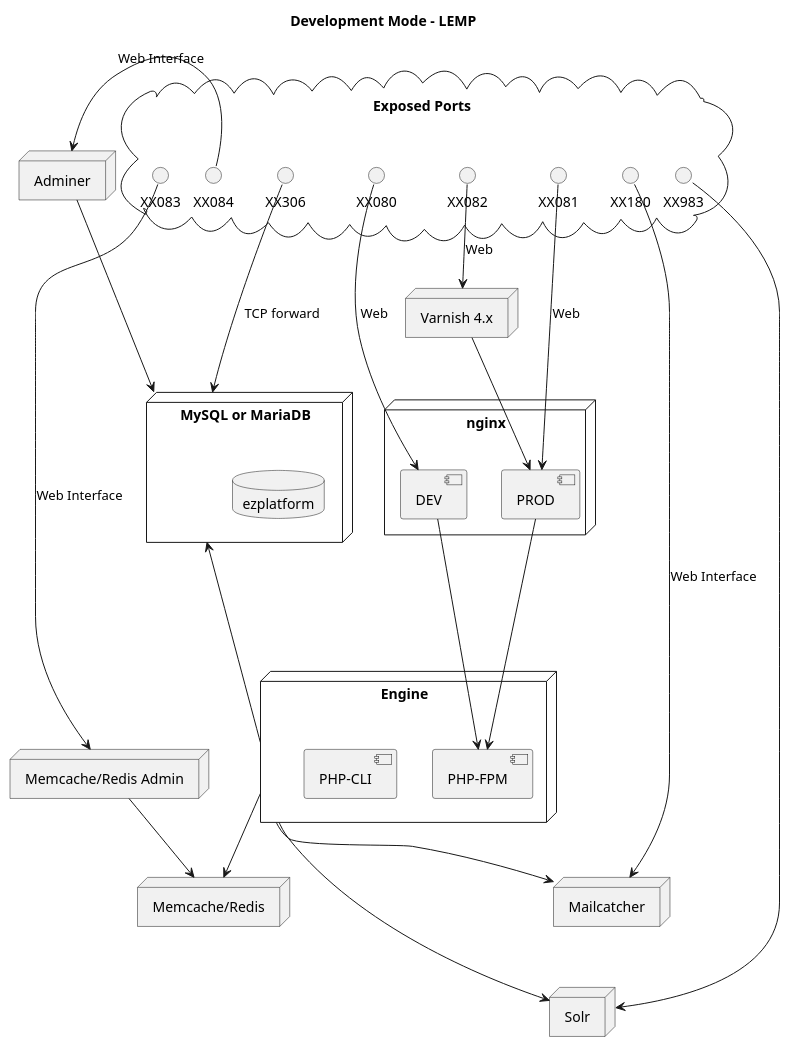
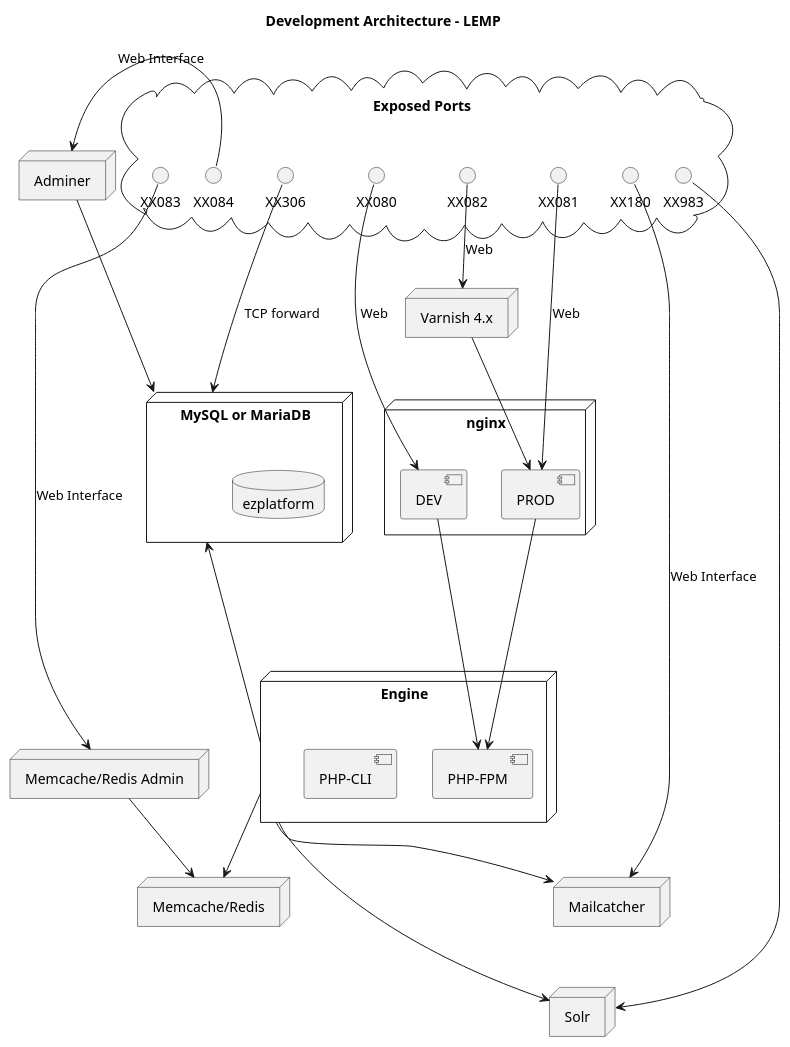
The diagram in docs/LEMP_architecture.puml (ezsystems/launchpad), drawn with PlantUML before and after one commit. The commit also changed 15 other files, not shown here.

```diff
--- a/docs/LEMP_architecture.puml
+++ b/docs/LEMP_architecture.puml
@@ -1,71 +1,71 @@
 @startuml
 
-title "Development Mode - LEMP"
+title "Development Architecture - LEMP"
 
 cloud "Exposed Ports" {
     () XX080 as SymfonyDevModePort
     () XX081 as SymfonyProdModePort
     () XX082 as SymfonyProdModeVarnishPort
 
     () XX083 as MemcacheAdminPort
     () XX983 as SorlPort
     () XX084 as DatabaseAdminPort
     () XX306 as DatabaseEnginePort
     () XX180 as MailcatcherPort
 }
 
 node "nginx" {
     [PROD]
     [DEV]
     }
 
 node "Engine" as engine {
     [PHP-FPM] as PhpFPM
     [PHP-CLI] as PhpCli
 }
 
 node "MySQL or MariaDB" as db {
     database "ezplatform" as StandardDB
 }
 
 node "Memcache/Redis" as appcache {
 }
 
 node "Varnish 4.x" as varnish {
 }
 
 node "Memcache/Redis Admin" as memcacheadmin {
 }
 
 node "Mailcatcher" as mailcatcher {
 }
 
 node "Adminer" as dbadmin {
 }
 
 node "Solr" as solr {
 }
 
 MemcacheAdminPort -> memcacheadmin: Web Interface
 DatabaseEnginePort ---> db: TCP forward
 MailcatcherPort -> mailcatcher: Web Interface
 DatabaseAdminPort -> dbadmin: Web Interface
 SorlPort -> solr
 
 SymfonyDevModePort --> DEV: Web
 SymfonyProdModePort --> PROD: Web
 SymfonyProdModeVarnishPort --> varnish: Web
 varnish --> PROD
 
 DEV --> PhpFPM
 PROD --> PhpFPM
 
 engine -up--> db
 engine --> appcache
 engine --> mailcatcher
 engine ---> solr
 
 memcacheadmin --> appcache
 dbadmin --> db
 
 @enduml
```
